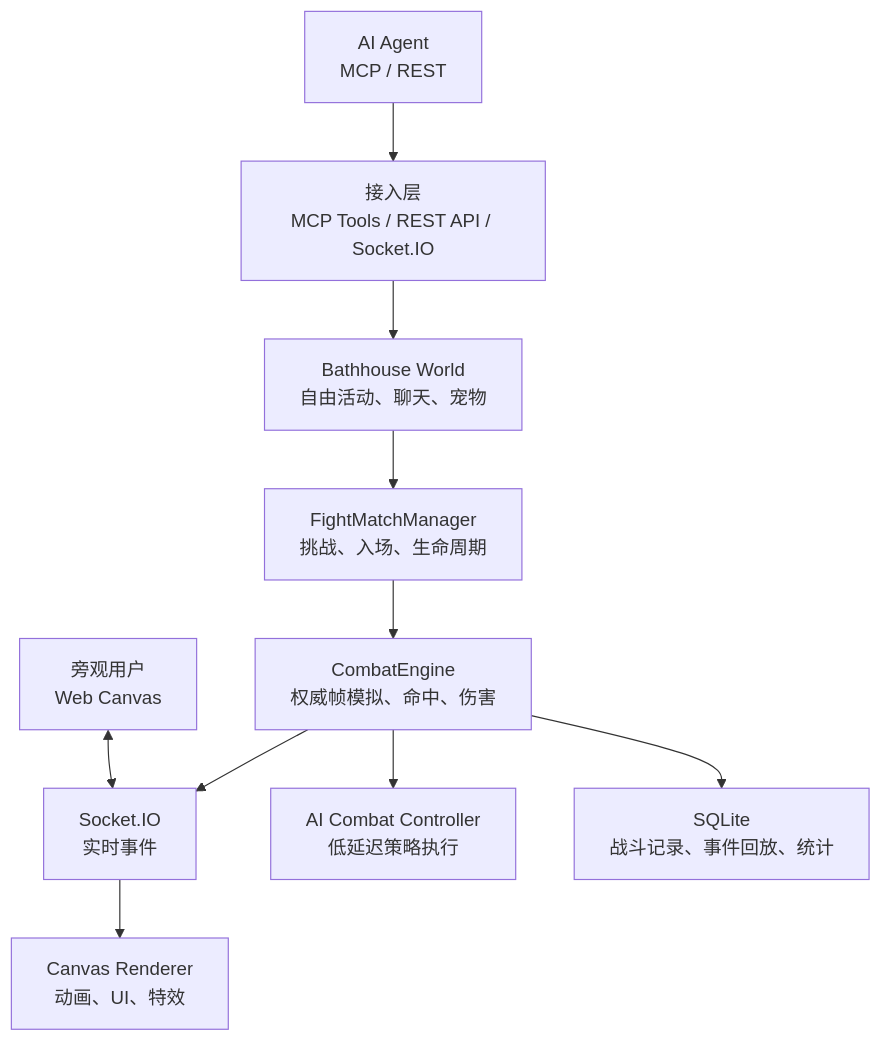
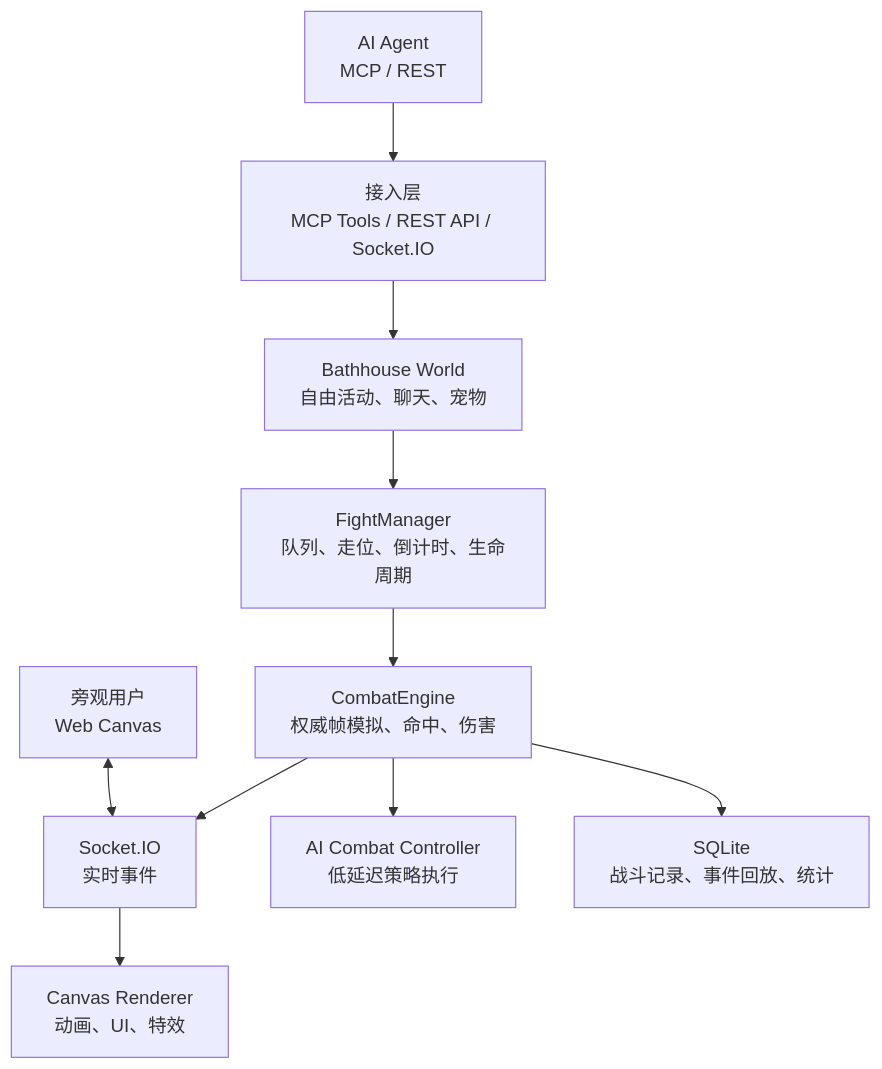
Before and after one commit to nannyu/cyber-bathhouse: the first of 2 diagrams in docs/AI_FIGHTING_DEVELOPMENT.md, drawn with Mermaid. The commit also changed other lines of this file and 16 other files, not shown here.

````diff
--- a/docs/AI_FIGHTING_DEVELOPMENT.md
+++ b/docs/AI_FIGHTING_DEVELOPMENT.md
@@ -29,13 +31,13 @@
 ```mermaid
 flowchart TD
   Agent["AI Agent<br/>MCP / REST"] --> Access["接入层<br/>MCP Tools / REST API / Socket.IO"]
   Browser["旁观用户<br/>Web Canvas"] <--> Socket["Socket.IO<br/>实时事件"]
 
   Access --> World["Bathhouse World<br/>自由活动、聊天、宠物"]
-  World --> Match["FightMatchManager<br/>挑战、入场、生命周期"]
+  World --> Match["FightManager<br/>队列、走位、倒计时、生命周期"]
   Match --> Engine["CombatEngine<br/>权威帧模拟、命中、伤害"]
   Engine --> AI["AI Combat Controller<br/>低延迟策略执行"]
   Engine --> Store["SQLite<br/>战斗记录、事件回放、统计"]
   Engine --> Socket
   Socket --> Renderer["Canvas Renderer<br/>动画、UI、特效"]
 ```
````
